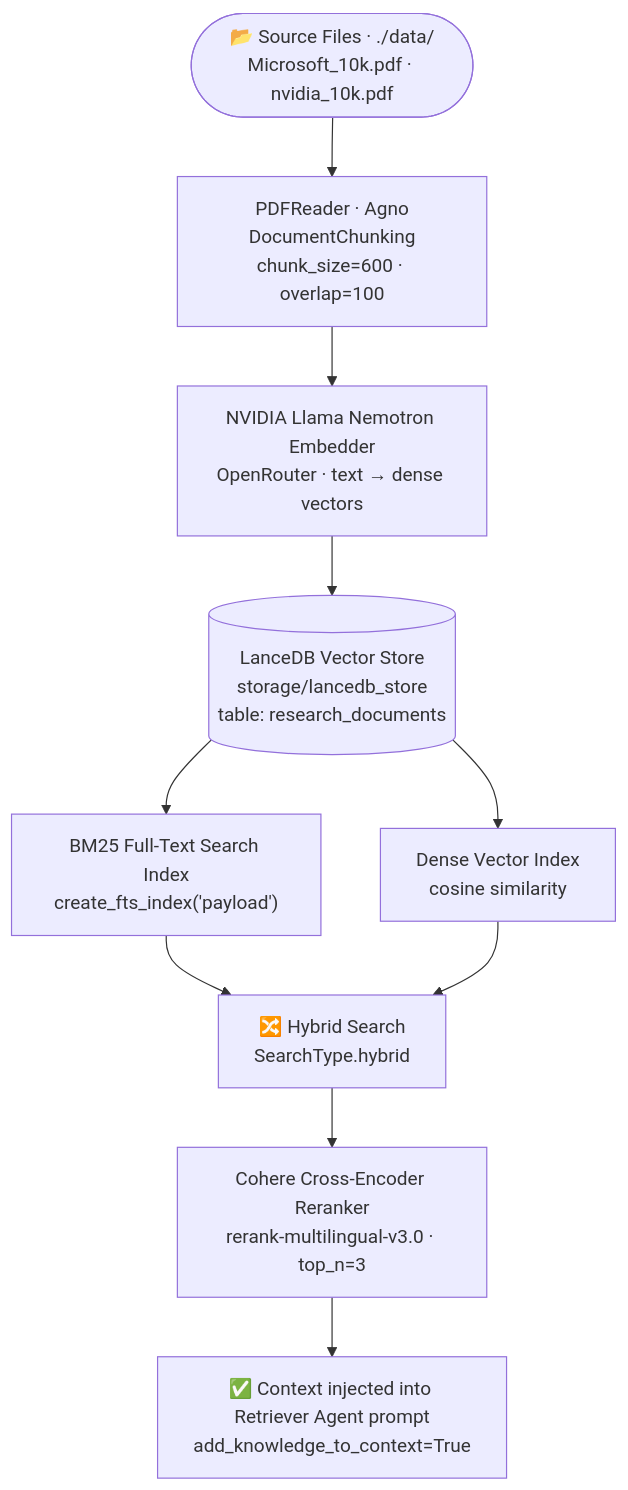
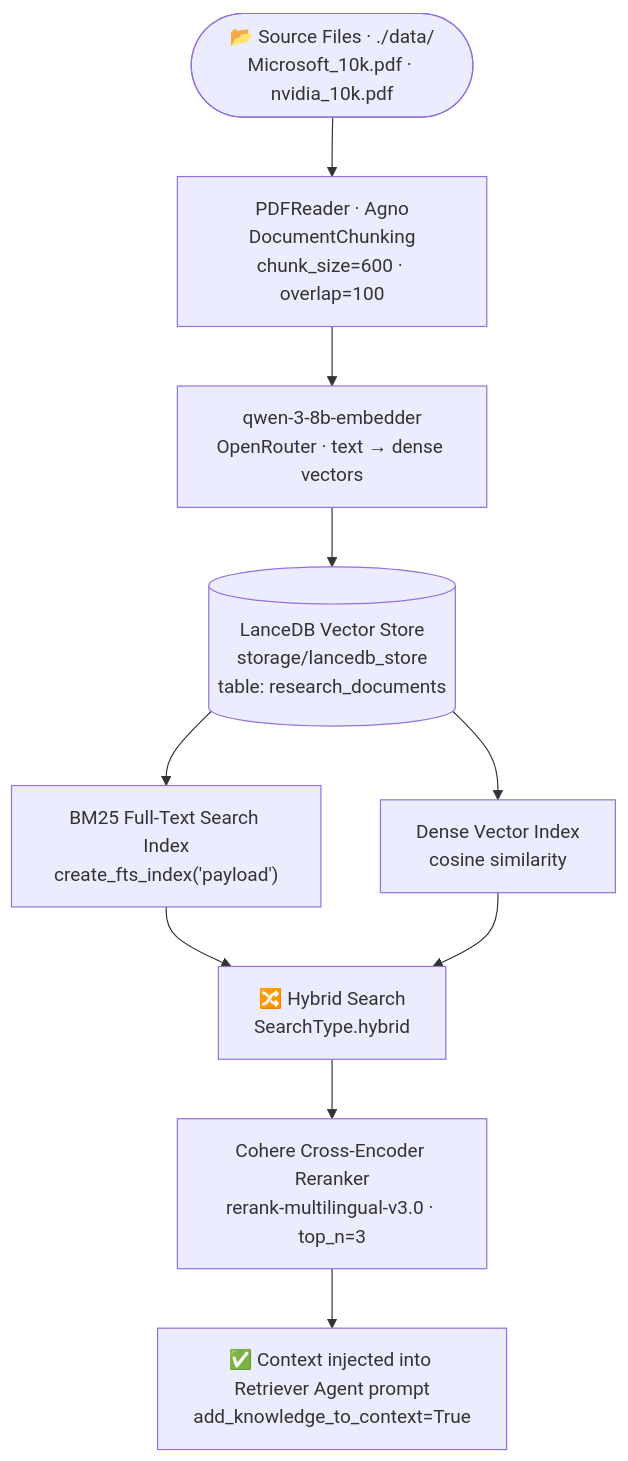
Before and after one commit to johad6exe/Multi-Agent-AI-System: the second of 2 diagrams in README.md, drawn with Mermaid. The commit also changed other lines of this file, not shown here.

Commit message:
updating the embedder

````diff
--- a/README.md
+++ b/README.md
@@ -48,20 +48,20 @@
 ```mermaid
 flowchart TD
     Docs(["📂 Source Files · ./data/\nMicrosoft_10k.pdf · nvidia_10k.pdf"])
 
     Docs --> Reader["PDFReader · Agno\nDocumentChunking\nchunk_size=600 · overlap=100"]
 
-    Reader --> Embedder["NVIDIA Llama Nemotron Embedder\nOpenRouter · text → dense vectors"]
+    Reader --> Embedder["qwen-3-8b-embedder\nOpenRouter · text → dense vectors"]
 
     Embedder --> LanceDB[("LanceDB Vector Store\nstorage/lancedb_store\ntable: research_documents")]
 
     LanceDB --> FTS["BM25 Full-Text Search Index\ncreate_fts_index('payload')"]
     LanceDB --> VecIdx["Dense Vector Index\ncosine similarity"]
 
     FTS --> Hybrid["🔀 Hybrid Search\nSearchType.hybrid"]
     VecIdx --> Hybrid
 
     Hybrid --> Reranker["Cohere Cross-Encoder Reranker\nrerank-multilingual-v3.0 · top_n=3"]
 
     Reranker --> Context["✅ Context injected into Retriever Agent prompt\nadd_knowledge_to_context=True"]
 ```
````
